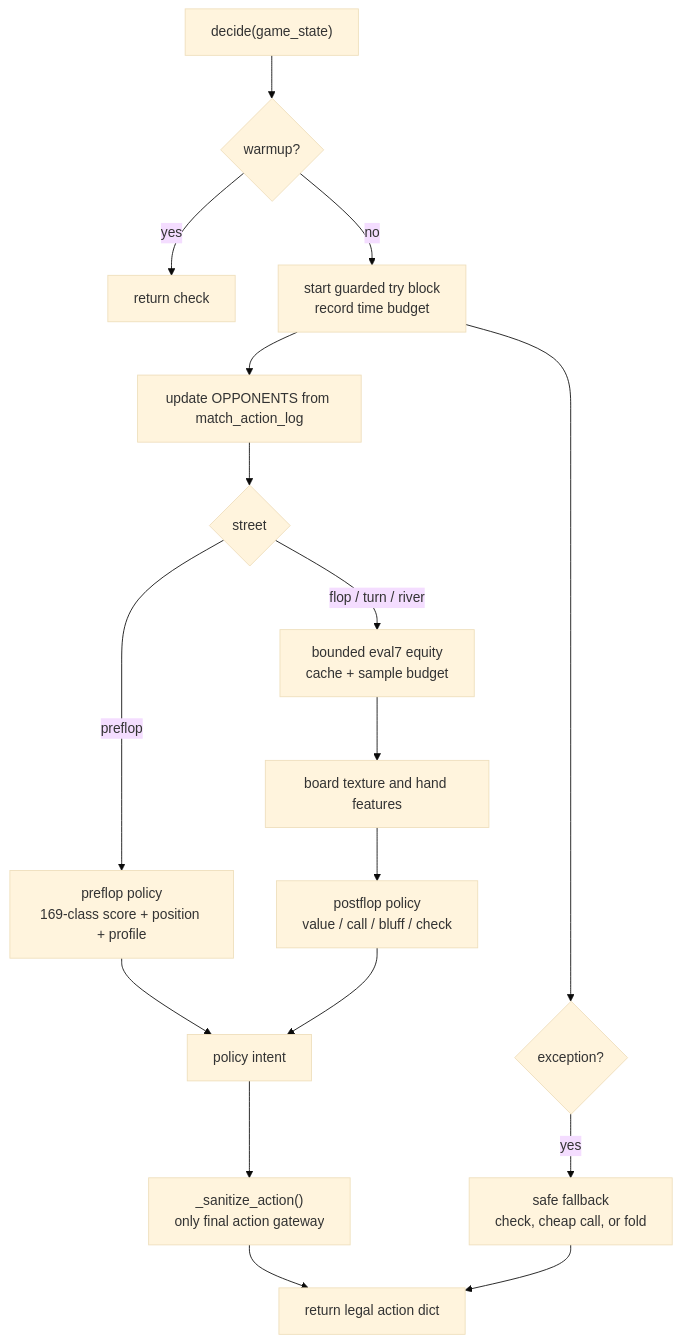
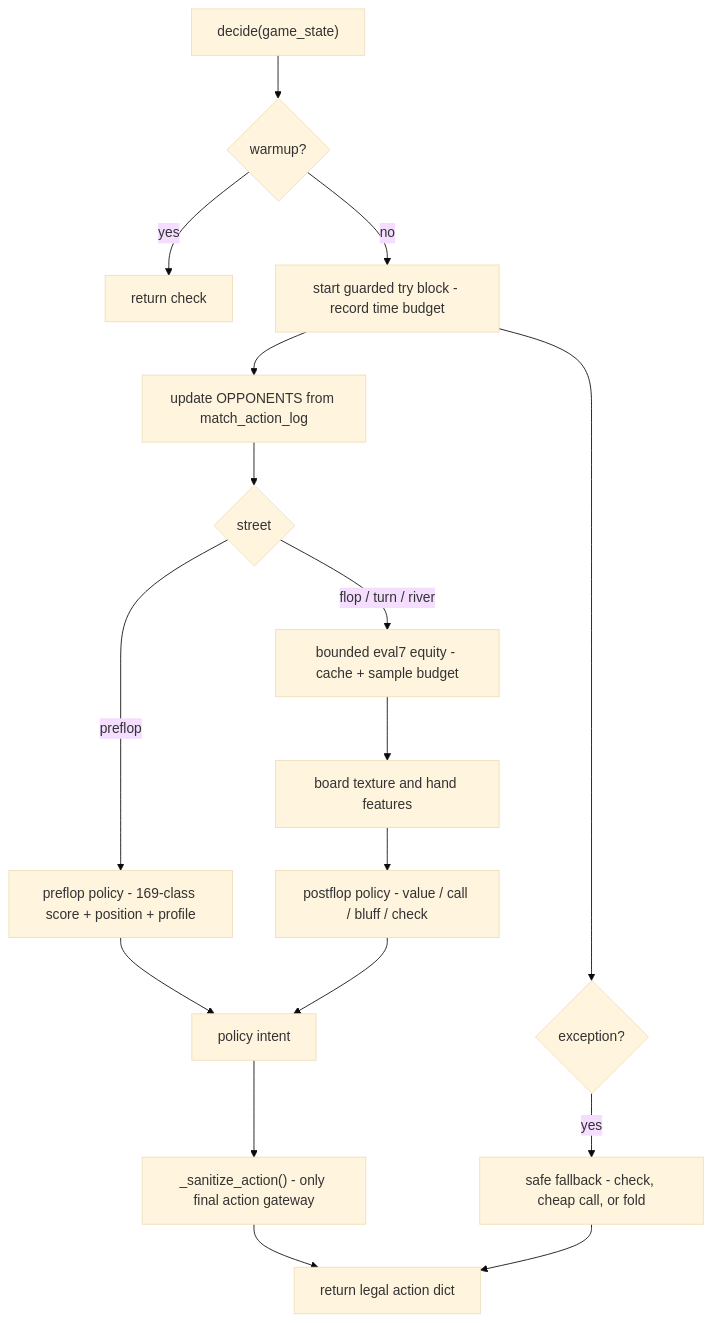
One commit to kosunghun317/fullhouse-engine changed the first of 3 diagrams in docs/heuristic-bot-logic.md. Above: the diagram before and after it, drawn with Mermaid (base theme). The commit also changed other lines of this file and 13 other files, not shown here.

Commit message:
docs: normalize mermaid diagrams

````diff
--- a/docs/heuristic-bot-logic.md
+++ b/docs/heuristic-bot-logic.md
@@ -51,19 +51,19 @@
 ```mermaid
 graph TD
     Start["decide(game_state)"] --> Warmup{"warmup?"}
     Warmup -->|yes| WarmupAction["return check"]
-    Warmup -->|no| Try["start guarded try block\nrecord time budget"]
+    Warmup -->|no| Try["start guarded try block - record time budget"]
     Try --> Memory["update OPPONENTS from match_action_log"]
     Memory --> Street{"street"}
-    Street -->|preflop| Preflop["preflop policy\n169-class score + position + profile"]
-    Street -->|flop / turn / river| Equity["bounded eval7 equity\ncache + sample budget"]
+    Street -->|preflop| Preflop["preflop policy - 169-class score + position + profile"]
+    Street -->|flop / turn / river| Equity["bounded eval7 equity - cache + sample budget"]
     Equity --> Features["board texture and hand features"]
-    Features --> Postflop["postflop policy\nvalue / call / bluff / check"]
+    Features --> Postflop["postflop policy - value / call / bluff / check"]
     Preflop --> Intent["policy intent"]
     Postflop --> Intent
-    Intent --> Sanitize["_sanitize_action()\nonly final action gateway"]
+    Intent --> Sanitize["_sanitize_action() - only final action gateway"]
     Sanitize --> Return["return legal action dict"]
     Try --> Error{"exception?"}
-    Error -->|yes| Fallback["safe fallback\ncheck, cheap call, or fold"]
+    Error -->|yes| Fallback["safe fallback - check, cheap call, or fold"]
     Fallback --> Return
 ```
````
